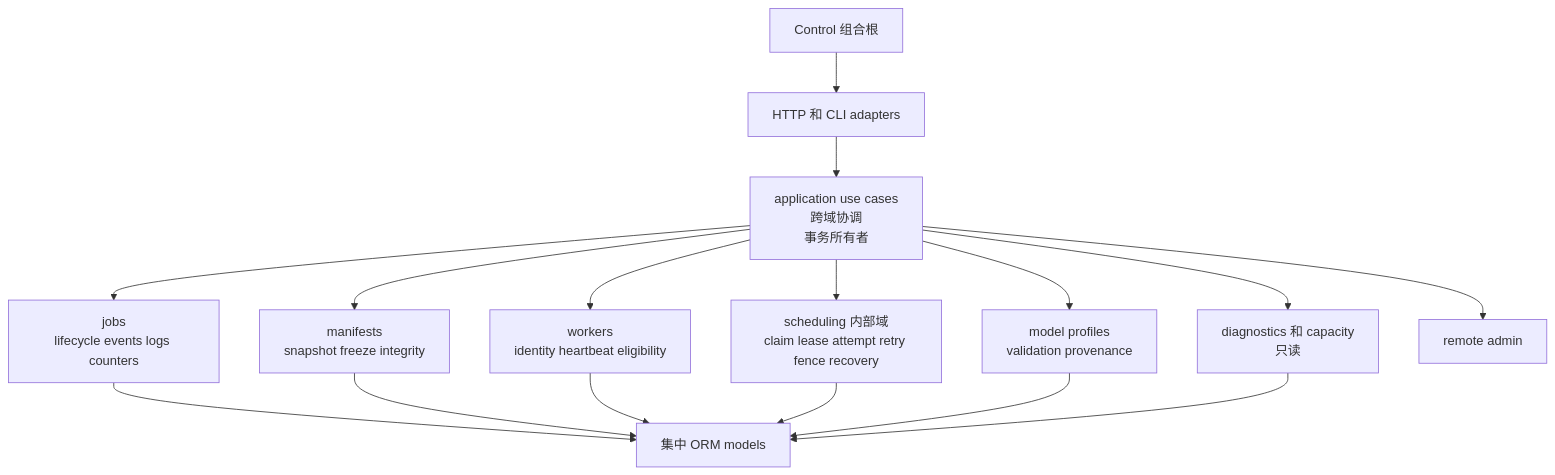
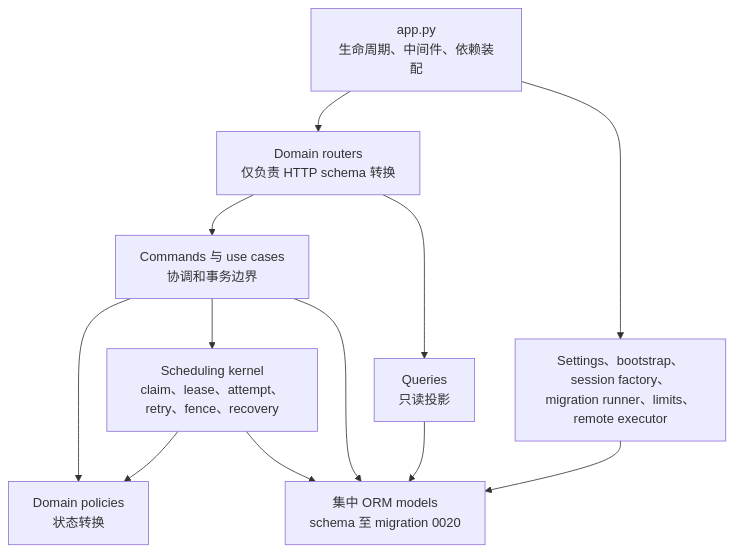
The diagram in docs/control-module-map.zh-CN.md (albaNnaksqr/OcrParser), drawn with Mermaid before and after one commit. The commit also changed other lines of this file and 12 other files, not shown here.

````diff
--- a/docs/control-module-map.zh-CN.md
+++ b/docs/control-module-map.zh-CN.md
@@ -108,30 +9,23 @@
 ```mermaid
 flowchart TD
-    app["Control 组合根"]
-    adapters["HTTP 和 CLI adapters"]
-    usecases["application use cases<br/>跨域协调<br/>事务所有者"]
-    jobs["jobs<br/>lifecycle events logs counters"]
-    manifests["manifests<br/>snapshot freeze integrity"]
-    workers["workers<br/>identity heartbeat eligibility"]
-    scheduling["scheduling 内部域<br/>claim lease attempt retry fence recovery"]
-    profiles["model profiles<br/>validation provenance"]
-    diagnostics["diagnostics 和 capacity<br/>只读"]
-    remote["remote admin"]
-    models["集中 ORM models"]
+    app["app.py<br/>生命周期、中间件、依赖装配"]
+    routers["Domain routers<br/>仅负责 HTTP schema 转换"]
+    application["Commands 与 use cases<br/>协调和事务边界"]
+    queries["Queries<br/>只读投影"]
+    policies["Domain policies<br/>状态转换"]
+    scheduling["Scheduling kernel<br/>claim、lease、attempt、retry、fence、recovery"]
+    models["集中 ORM models<br/>schema 至 migration 0020"]
+    infra["Settings、bootstrap、session factory、<br/>migration runner、limits、remote executor"]
 
-    app --> adapters
-    adapters --> usecases
-    usecases --> jobs
-    usecases --> manifests
-    usecases --> workers
-    usecases --> scheduling
-    usecases --> profiles
-    usecases --> diagnostics
-    usecases --> remote
-    jobs --> models
-    manifests --> models
-    workers --> models
+    app --> routers
+    app --> infra
+    routers --> application
+    routers --> queries
+    application --> policies
+    application --> scheduling
+    application --> models
+    queries --> models
+    scheduling --> policies
     scheduling --> models
-    profiles --> models
-    diagnostics --> models
+    infra --> models
 ```
````
